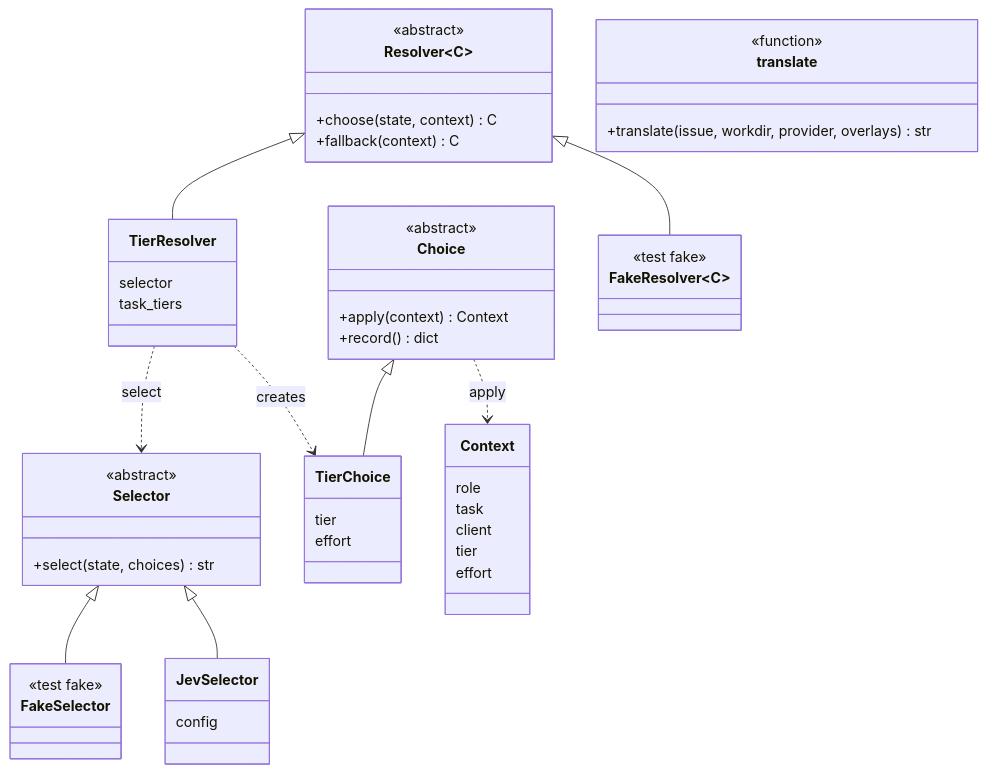
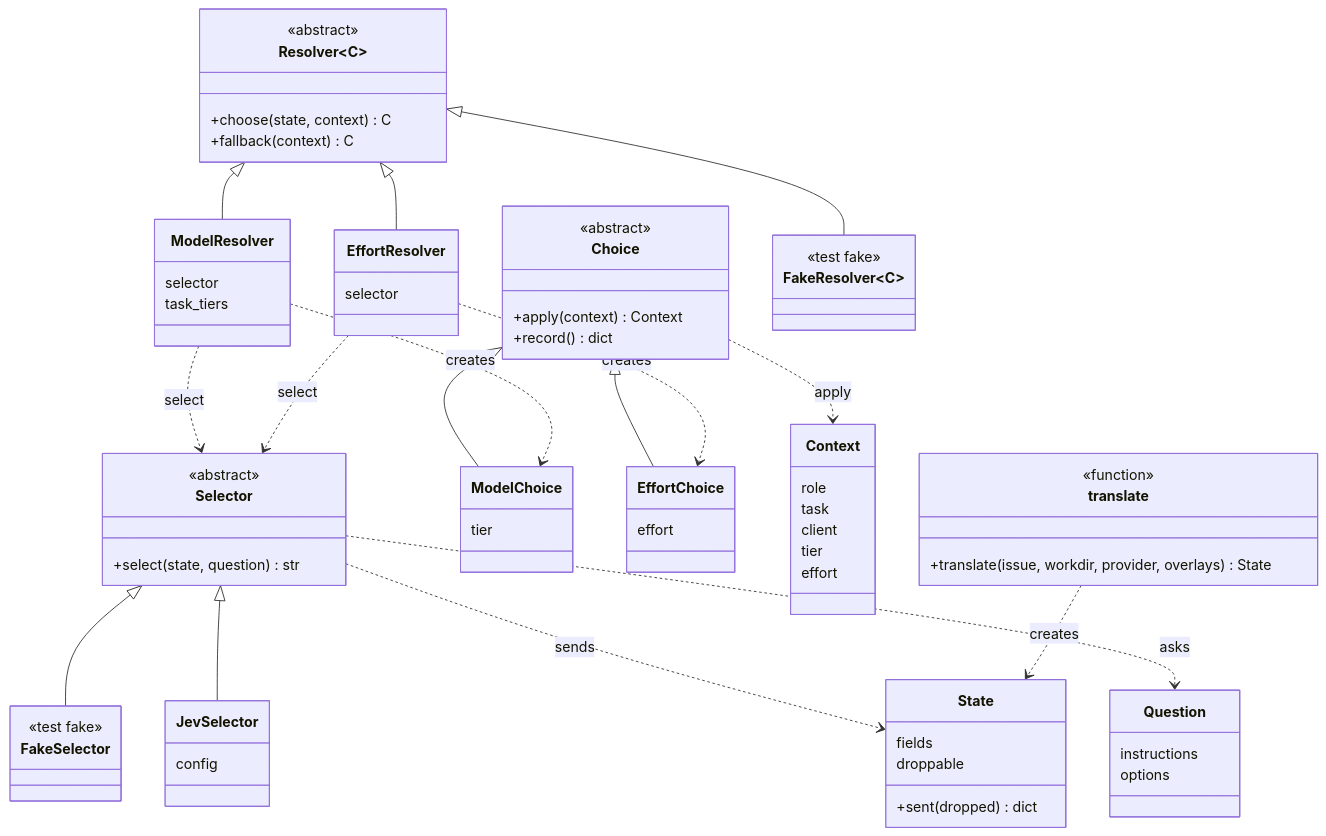
The second of 2 diagrams in docs/architecture.md (ophis/agent-pm), drawn with Mermaid before and after one commit. The commit also changed other lines of this file and 14 other files, not shown here.

Commit message:
selection: choose the model and the effort as two layers, each with its own question

````diff
--- a/docs/architecture.md
+++ b/docs/architecture.md
@@ -91,54 +91,75 @@
 ```mermaid
 classDiagram
   direction TB
   class Selector {
     <<abstract>>
-    +select(state, choices) str
+    +select(state, question) str
+  }
+  class State {
+    fields
+    droppable
+    +sent(dropped) dict
+  }
+  class Question {
+    instructions
+    options
   }
   class FakeSelector {
     <<test fake>>
   }
   class JevSelector {
     config
   }
   class Choice {
     <<abstract>>
     +apply(context) Context
     +record() dict
   }
   class Resolver~C~ {
     <<abstract>>
     +choose(state, context) C
     +fallback(context) C
   }
-  class TierChoice {
+  class ModelChoice {
     tier
+  }
+  class EffortChoice {
     effort
   }
-  class TierResolver {
+  class ModelResolver {
     selector
     task_tiers
+  }
+  class EffortResolver {
+    selector
   }
   class FakeResolver~C~ {
     <<test fake>>
   }
   class Context {
     role
     task
     client
     tier
     effort
   }
   class translate {
     <<function>>
-    +translate(issue, workdir, provider, overlays) str
+    +translate(issue, workdir, provider, overlays) State
   }
   Selector <|-- FakeSelector
   Selector <|-- JevSelector
-  Choice <|-- TierChoice
-  Resolver <|-- TierResolver
+  Choice <|-- ModelChoice
+  Choice <|-- EffortChoice
+  Resolver <|-- ModelResolver
+  Resolver <|-- EffortResolver
   Resolver <|-- FakeResolver
-  TierResolver ..> TierChoice : creates
-  TierResolver ..> Selector : select
+  ModelResolver ..> ModelChoice : creates
+  EffortResolver ..> EffortChoice : creates
+  ModelResolver ..> Selector : select
+  EffortResolver ..> Selector : select
+  Selector ..> State : sends
+  Selector ..> Question : asks
+  translate ..> State : creates
   Choice ..> Context : apply
 ```
````
